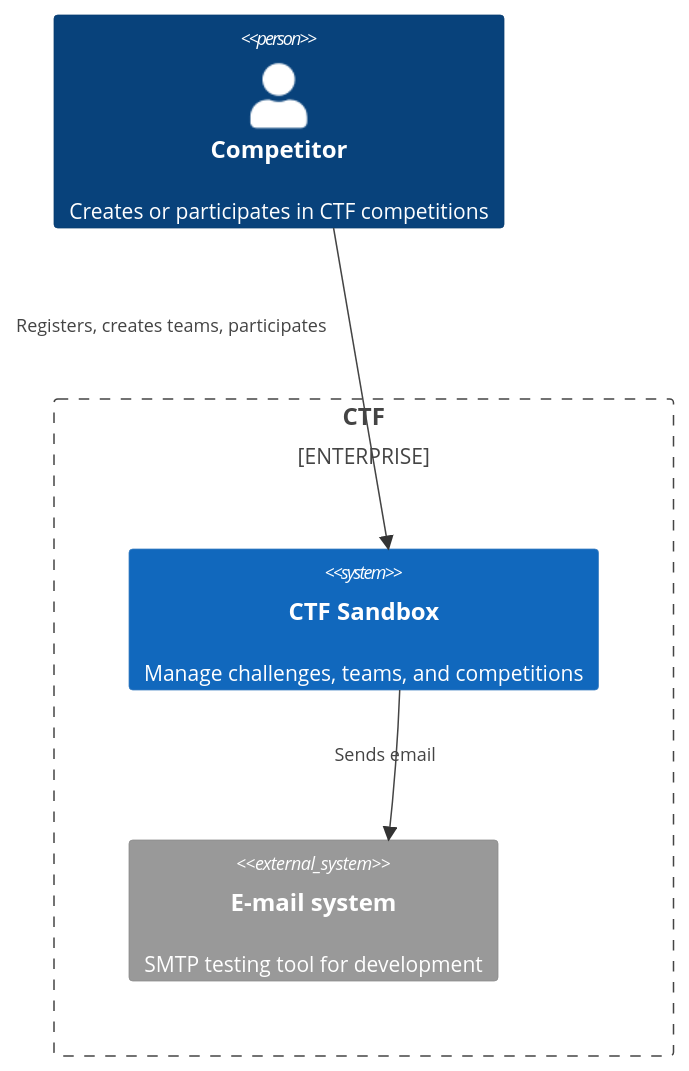
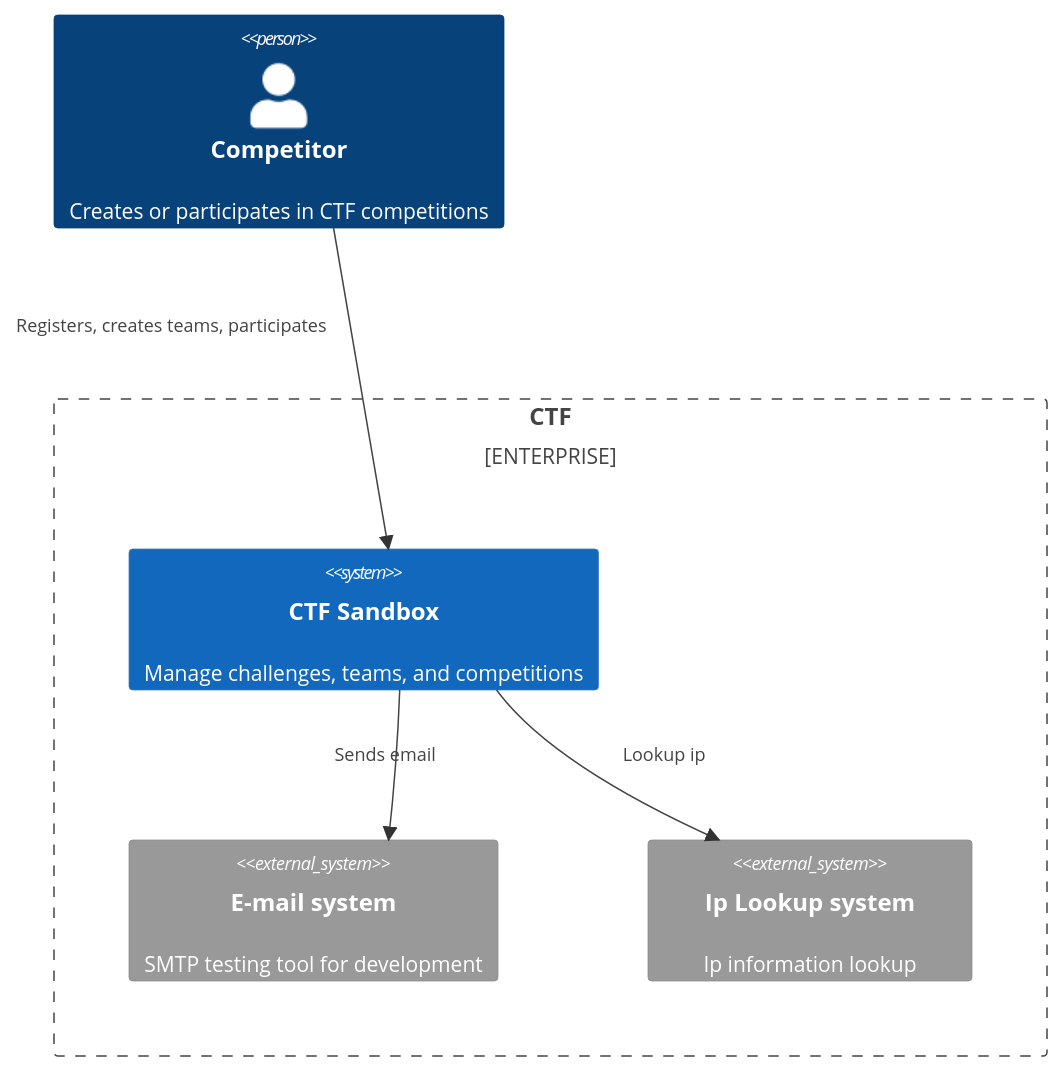
Before and after one commit to CurlyFire/ctf-sandbox: the first of 2 diagrams in README.md, drawn with Mermaid. The commit also changed other lines of this file, not shown here.

````diff
--- a/README.md
+++ b/README.md
@@ -78,15 +86,19 @@
 ```mermaid
 C4Context
+    UpdateLayoutConfig($c4ShapeInRow="2", $c4BoundaryInRow="1")
     Person(user, "Competitor", "Creates or participates in CTF competitions")
-
     Enterprise_Boundary(b0, "CTF") {
         System(systemctf, "CTF Sandbox", "Manage challenges, teams, and competitions")
         System_Ext(systememail, "E-mail system", "SMTP testing tool for development")
+        System_Ext(systemipinfo, "Ip Lookup system", "Ip information lookup")
 
         Rel(user, systemctf, "Registers, creates teams, participates")
         UpdateRelStyle(user, systemctf, $offsetX="-230", $offsetY="-45")
 
         Rel(systemctf, systememail, "Sends email")
         UpdateRelStyle(systemctf, systememail, $offsetX="-40", $offsetY="-10")
+
+        Rel(systemctf, systemipinfo, "Lookup ip")
+        UpdateRelStyle(systemctf, systemipinfo, $offsetX="10", $offsetY="-10")
     }
 ```
````
